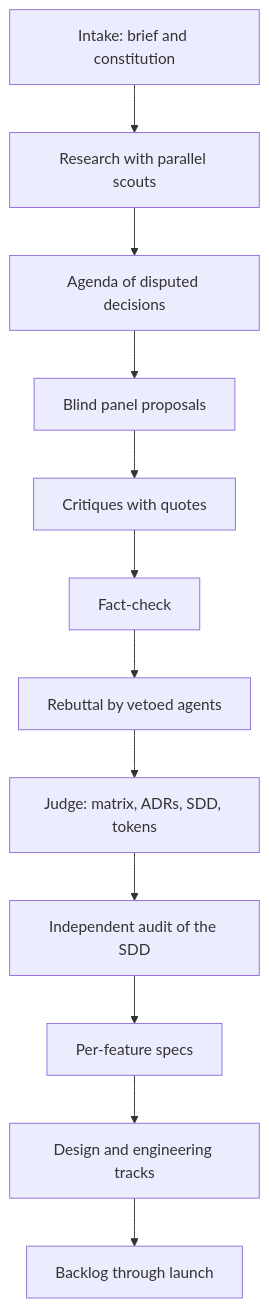
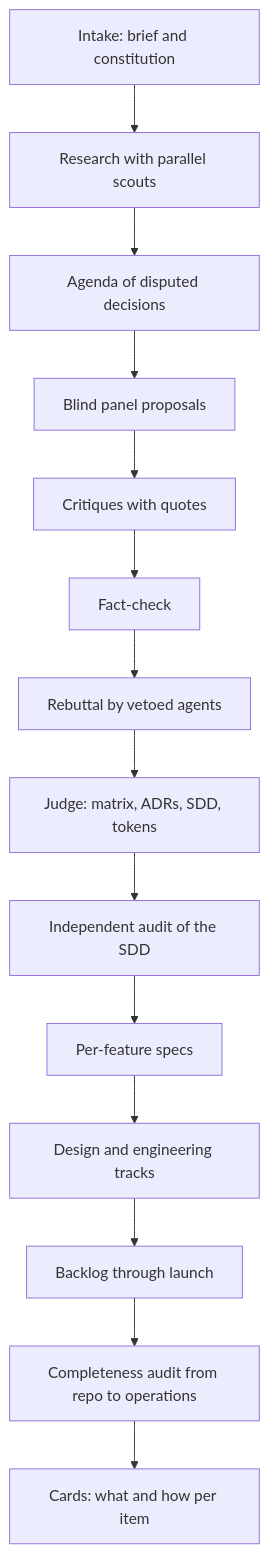
One commit to DiMarcoSK/open-debate changed the diagram in README.md. Above: the diagram before and after it, drawn with Mermaid. The commit also changed other lines of this file and 25 other files, not shown here.

First line of the commit message:
Audit the backlog for completeness and detail every item in a card

````diff
--- a/README.md
+++ b/README.md
@@ -166,14 +170,16 @@
 ```mermaid
 flowchart TD
   A[Intake: brief and constitution] --> B[Research with parallel scouts]
   B --> B2[Agenda of disputed decisions]
   B2 --> C[Blind panel proposals]
   C --> D[Critiques with quotes]
   D --> E[Fact-check]
   E --> F[Rebuttal by vetoed agents]
   F --> G[Judge: matrix, ADRs, SDD, tokens]
   G --> G2[Independent audit of the SDD]
   G2 --> H[Per-feature specs]
   H --> I[Design and engineering tracks]
   I --> J[Backlog through launch]
+  J --> K[Completeness audit from repo to operations]
+  K --> L[Cards: what and how per item]
 ```
````
